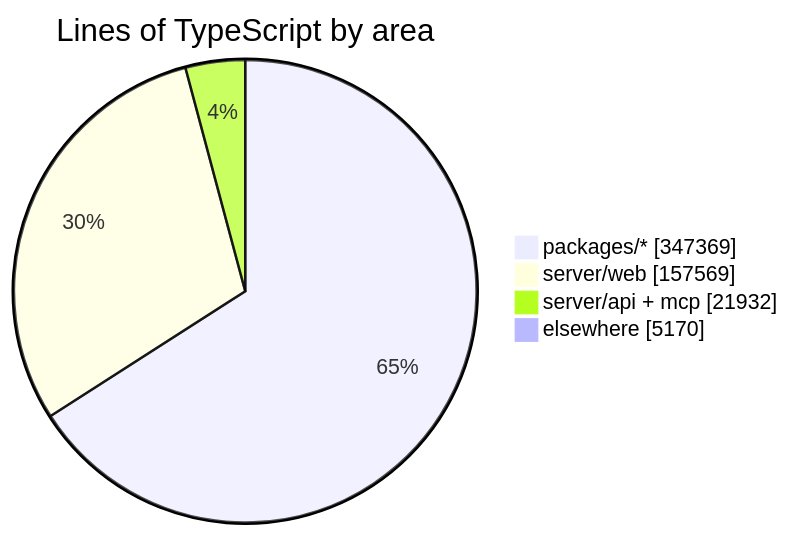
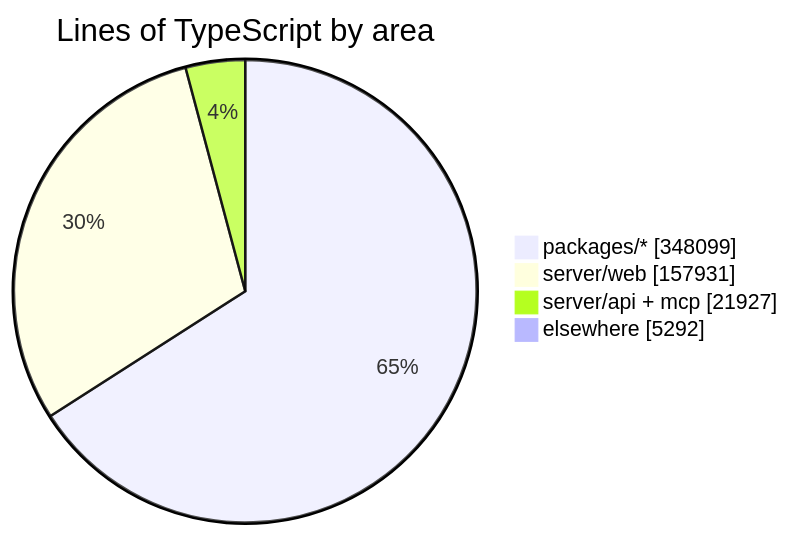
Before and after one commit to crossworks-engineering/mantle: the diagram in README.md, drawn with Mermaid. The commit also changed other lines of this file and 2 other files, not shown here.

````diff
--- a/README.md
+++ b/README.md
@@ -294,7 +294,7 @@
 ```mermaid
 pie showData title Lines of TypeScript by area
-    "packages/*" : 347369
-    "server/web" : 157569
-    "server/api + mcp" : 21932
-    "elsewhere" : 5170
+    "packages/*" : 348099
+    "server/web" : 157931
+    "server/api + mcp" : 21927
+    "elsewhere" : 5292
 ```
````
